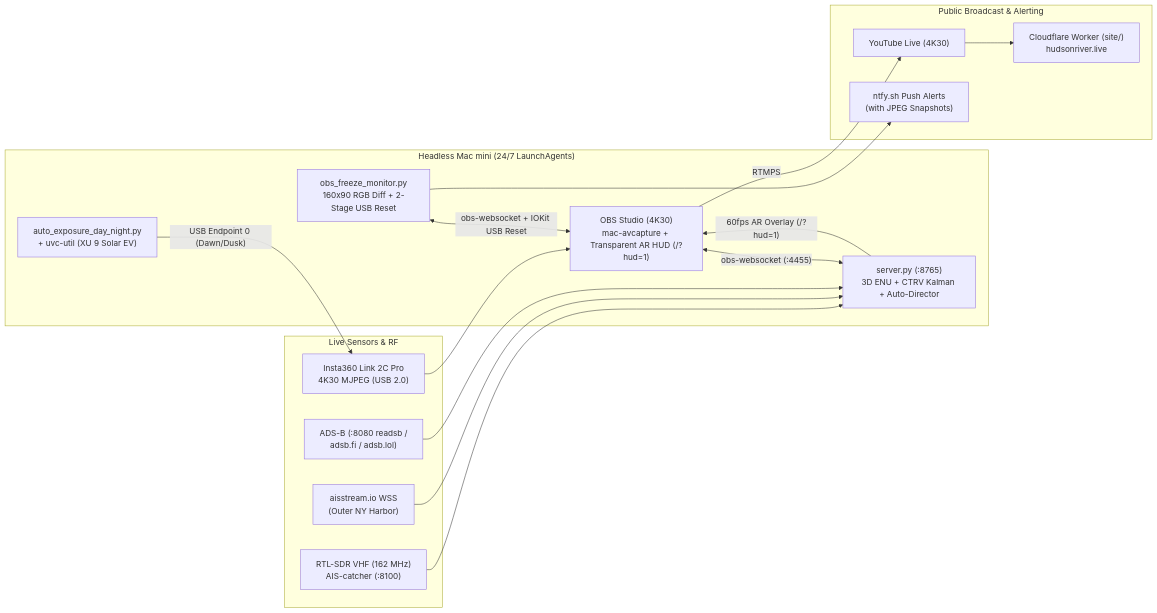
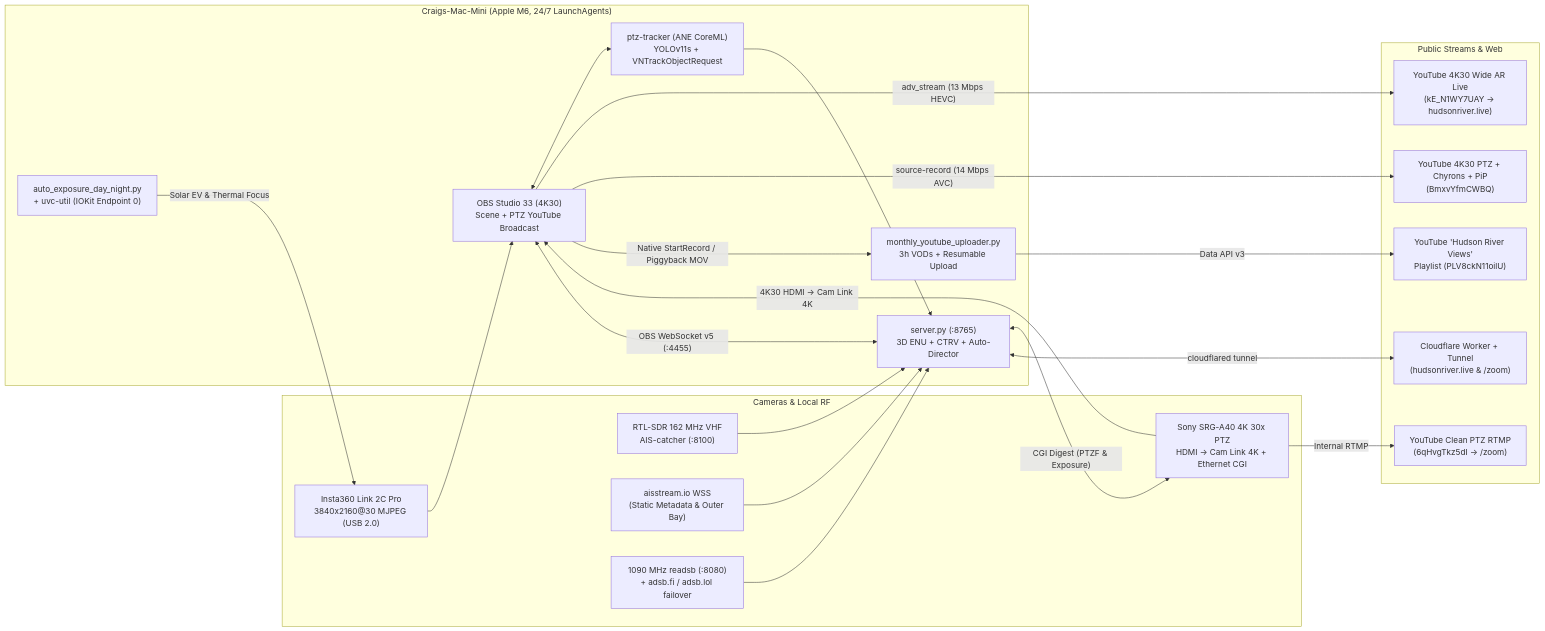
One commit to craignm/hudson-river-live changed the diagram in README.md. Above: the diagram before and after it, drawn with Mermaid. The commit also changed other lines of this file and 52 other files, not shown here.

````diff
--- a/README.md
+++ b/README.md
@@ -11,34 +25,43 @@
 ```mermaid
 flowchart LR
-  subgraph Sensors["Live Sensors & RF"]
-    CAM["Insta360 Link 2C Pro<br/>4K30 MJPEG (USB 2.0)"]
-    AIS_RF["RTL-SDR VHF (162 MHz)<br/>AIS-catcher (:8100)"]
-    AIS_WS["aisstream.io WSS<br/>(Outer NY Harbor)"]
-    ADSB["ADS-B (:8080 readsb /<br/>adsb.fi / adsb.lol)"]
+  subgraph Sensors["Cameras & Local RF"]
+    SYN["Insta360 Link 2C Pro<br/>3840x2160@30 MJPEG (USB 2.0)"]
+    SONY["Sony SRG-A40 4K 30x PTZ<br/>HDMI -> Cam Link 4K + Ethernet CGI"]
+    AIS_RF["RTL-SDR 162 MHz VHF<br/>AIS-catcher (:8100)"]
+    AIS_WS["aisstream.io WSS<br/>(Static Metadata & Outer Bay)"]
+    ADSB["1090 MHz readsb (:8080)<br/>+ adsb.fi / adsb.lol failover"]
   end
 
-  subgraph Mini["Headless Mac mini (24/7 LaunchAgents)"]
-    SRV["server.py (:8765)<br/>3D ENU + CTRV Kalman + Auto-Director"]
-    OBS["OBS Studio (4K30)<br/>mac-avcapture + Transparent AR HUD (/?hud=1)"]
-    UVC["auto_exposure_day_night.py<br/>+ uvc-util (XU 9 Solar EV)"]
-    MON["obs_freeze_monitor.py<br/>160x90 RGB Diff + 2-Stage USB Reset"]
+  subgraph Mini["Craigs-Mac-Mini (Apple M6, 24/7 LaunchAgents)"]
+    SRV["server.py (:8765)<br/>3D ENU + CTRV + Auto-Director"]
+    ANE["ptz-tracker (ANE CoreML)<br/>YOLOv11s + VNTrackObjectRequest"]
+    OBS["OBS Studio 33 (4K30)<br/>Scene + PTZ YouTube Broadcast"]
+    UVC["auto_exposure_day_night.py<br/>+ uvc-util (IOKit Endpoint 0)"]
+    UPL["monthly_youtube_uploader.py<br/>3h VODs + Resumable Upload"]
   end
 
-  subgraph Public["Public Broadcast & Alerting"]
-    YT["YouTube Live (4K30)"]
-    CF["Cloudflare Worker (site/)<br/>hudsonriver.live"]
-    NTFY["ntfy.sh Push Alerts<br/>(with JPEG Snapshots)"]
+  subgraph Outputs["Public Streams & Web"]
+    YT_WIDE["YouTube 4K30 Wide AR Live<br/>(kE_N1WY7UAY -> hudsonriver.live)"]
+    YT_PTZ_HUD["YouTube 4K30 PTZ + Chyrons + PiP<br/>(BmxvYfmCWBQ)"]
+    YT_PTZ_RAW["YouTube Clean PTZ RTMP<br/>(6qHvgTkz5dI -> /zoom)"]
+    YT_VOD["YouTube 'Hudson River Views'<br/>Playlist (PLV8ckN11oilU)"]
+    CF["Cloudflare Worker + Tunnel<br/>(hudsonriver.live & /zoom)"]
   end
 
   AIS_RF --> SRV
   AIS_WS --> SRV
   ADSB --> SRV
-  CAM --> OBS
-  SRV -- "60fps AR Overlay (/?hud=1)" --> OBS
-  OBS <-->|"obs-websocket (:4455)"| SRV
-  UVC -- "USB Endpoint 0 (Dawn/Dusk)" --> CAM
-  MON <-->|"obs-websocket + IOKit USB Reset"| OBS
-  MON --> NTFY
-  OBS -- "RTMPS" --> YT
-  YT --> CF
+  SYN --> OBS
+  SONY -- "4K30 HDMI -> Cam Link 4K" --> OBS
+  SONY -- "Internal RTMP" --> YT_PTZ_RAW
+  SRV <-->|"CGI Digest (PTZF & Exposure)"| SONY
+  SRV <-->|"OBS WebSocket v5 (:4455)"| OBS
+  OBS <--> ANE
+  ANE --> SRV
+  UVC -- "Solar EV & Thermal Focus" --> SYN
+  OBS -- "adv_stream (13 Mbps HEVC)" --> YT_WIDE
+  OBS -- "source-record (14 Mbps AVC)" --> YT_PTZ_HUD
+  OBS -- "Native StartRecord / Piggyback MOV" --> UPL
+  UPL -- "Data API v3" --> YT_VOD
+  SRV <-->|"cloudflared tunnel"| CF
 ```
````
